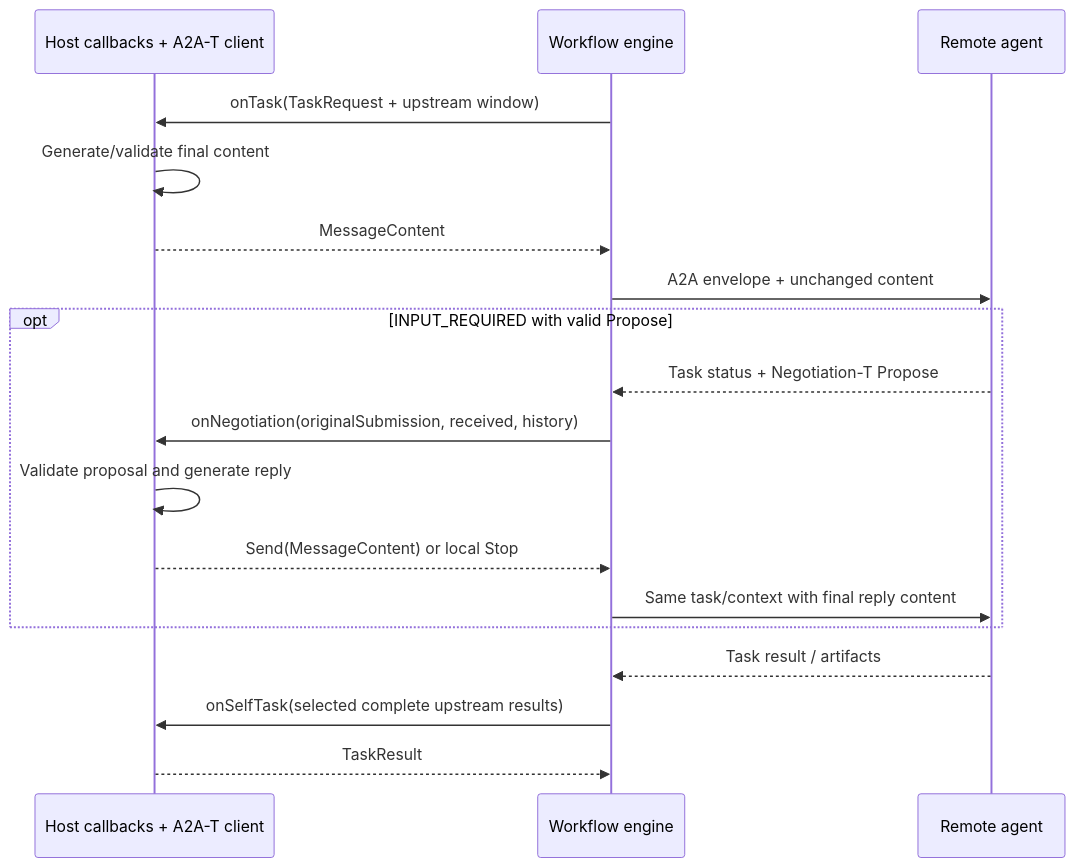
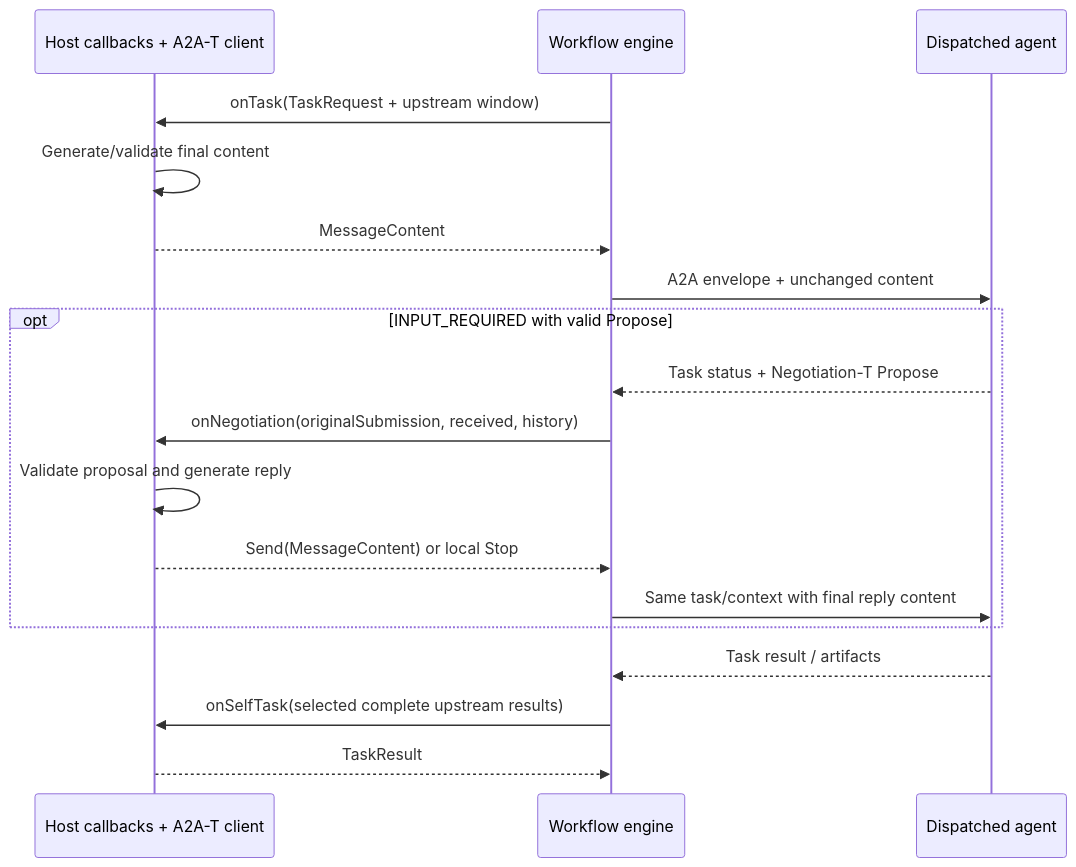
One commit to Zhoujie628/workflow-engine-sdk-java changed the third of 4 diagrams in docs/zh/DESIGN.md. Above: the diagram before and after it, drawn with Mermaid. The commit also changed other lines of this file and 17 other files, not shown here.

````diff
--- a/docs/zh/DESIGN.md
+++ b/docs/zh/DESIGN.md
@@ -218,20 +213,20 @@
 ```mermaid
 sequenceDiagram
     participant H as Host callbacks + A2A-T client
     participant E as Workflow engine
-    participant A as Remote agent
+    participant A as Dispatched agent
     E->>H: onTask(TaskRequest + upstream window)
     H->>H: Generate/validate final content
     H-->>E: MessageContent
     E->>A: A2A envelope + unchanged content
     opt INPUT_REQUIRED with valid Propose
         A-->>E: Task status + Negotiation-T Propose
         E->>H: onNegotiation(originalSubmission, received, history)
         H->>H: Validate proposal and generate reply
         H-->>E: Send(MessageContent) or local Stop
         E->>A: Same task/context with final reply content
     end
     A-->>E: Task result / artifacts
     E->>H: onSelfTask(selected complete upstream results)
     H-->>E: TaskResult
 ```
````
